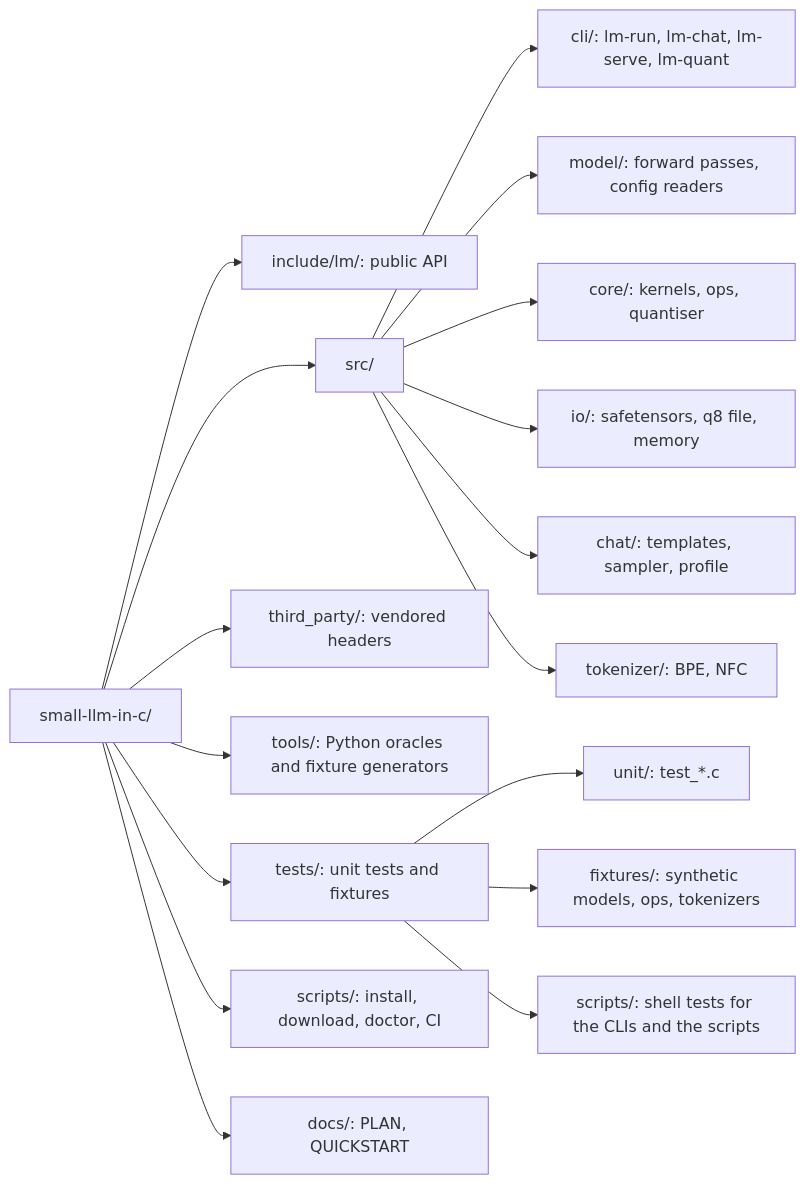
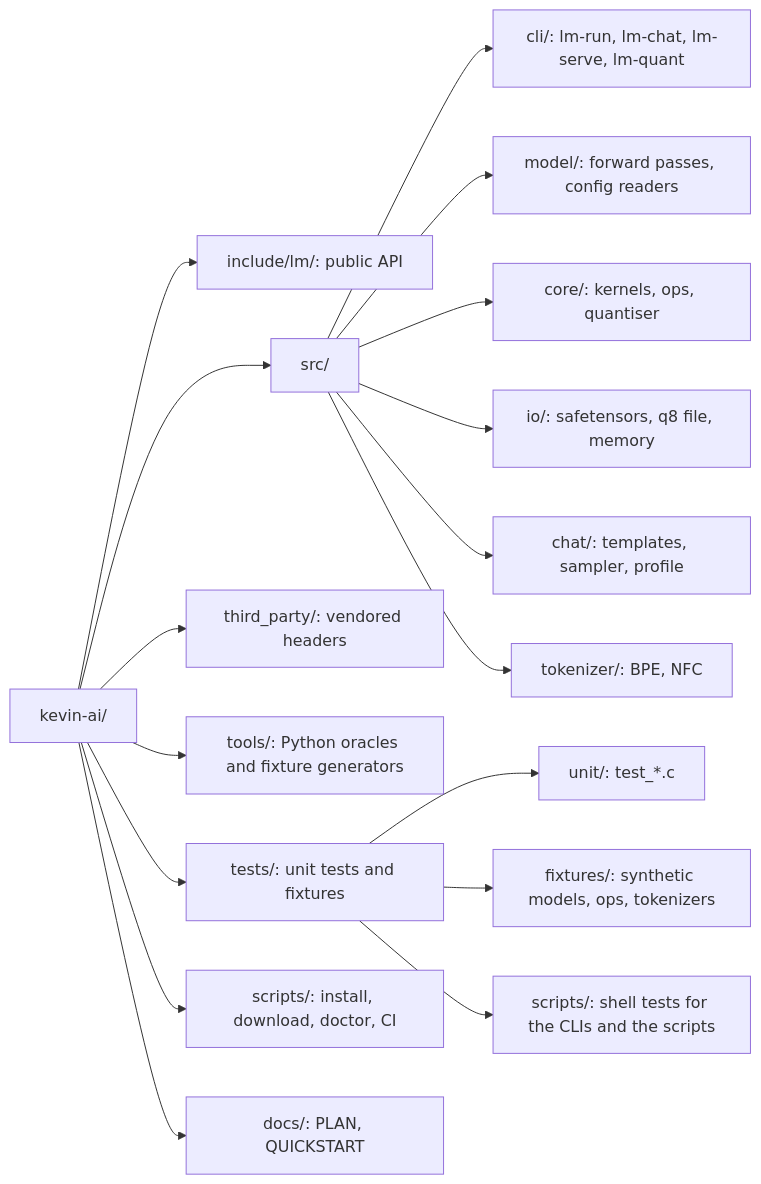
Before and after one commit to marcfs31/kevin-ai: the third of 4 diagrams in README.md, drawn with Mermaid. The commit also changed other lines of this file and 12 other files, not shown here.

````diff
--- a/README.md
+++ b/README.md
@@ -578,20 +580,20 @@
 ```mermaid
 flowchart LR
-  root["small-llm-in-c/"]
+  root["kevin-ai/"]
   root --> inc["include/lm/: public API"]
   root --> src["src/"]
   src --> cli["cli/: lm-run, lm-chat, lm-serve, lm-quant"]
   src --> model["model/: forward passes, config readers"]
   src --> core["core/: kernels, ops, quantiser"]
   src --> io["io/: safetensors, q8 file, memory"]
   src --> chat["chat/: templates, sampler, profile"]
   src --> tokz["tokenizer/: BPE, NFC"]
   root --> tp["third_party/: vendored headers"]
   root --> tools["tools/: Python oracles and fixture generators"]
   root --> tests["tests/: unit tests and fixtures"]
   tests --> unit["unit/: test_*.c"]
   tests --> fix["fixtures/: synthetic models, ops, tokenizers"]
   root --> scripts["scripts/: install, download, doctor, CI"]
   root --> docs["docs/: PLAN, QUICKSTART"]
   tests --> scripts_t["scripts/: shell tests for the CLIs and the scripts"]
 ```
````
